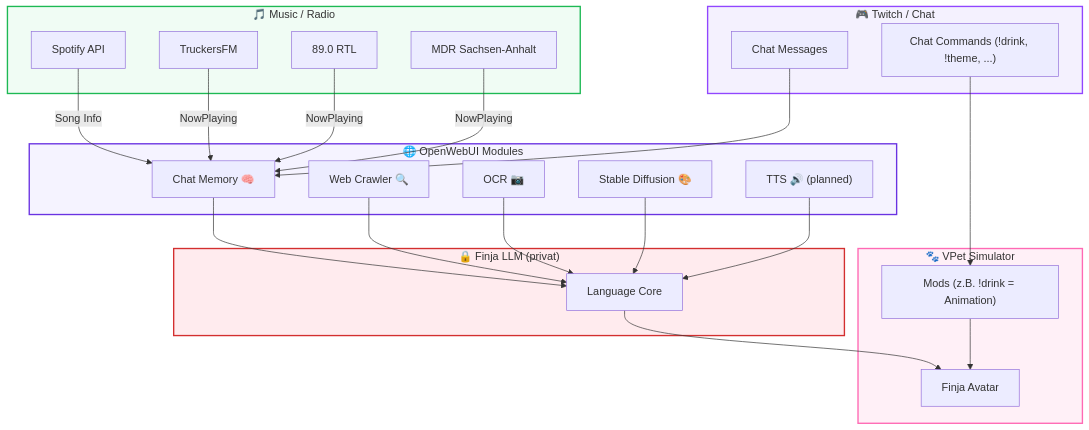
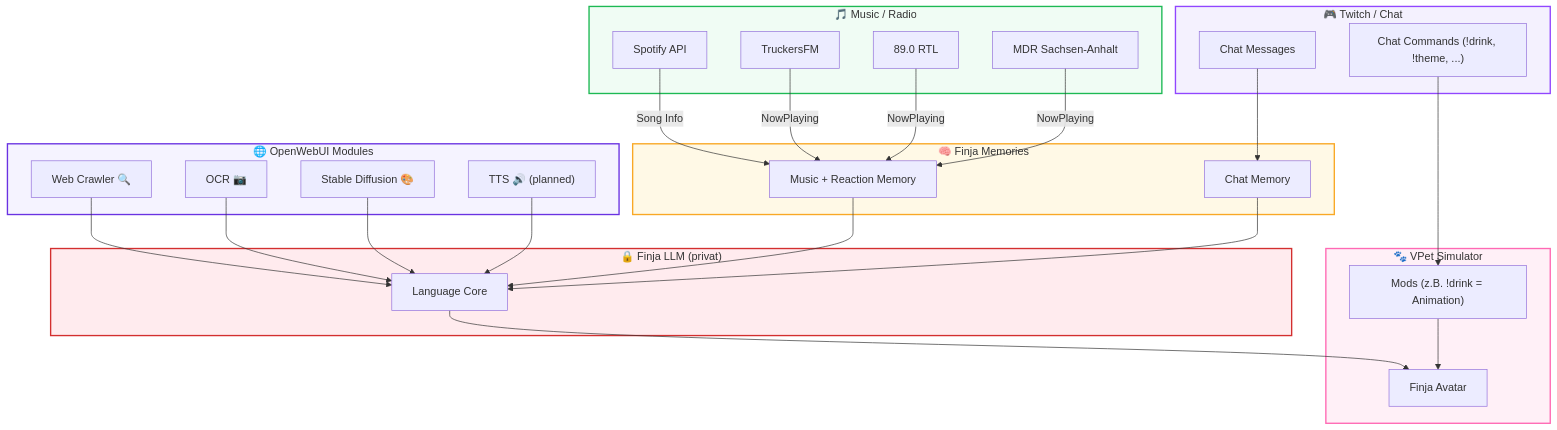
Before and after one commit to JohnV2002/Finja-AI-Ecosystem: the diagram in README.md, drawn with Mermaid.

````diff
--- a/README.md
+++ b/README.md
@@ -89,57 +89,74 @@
 ```mermaid
 flowchart TD
 
+    %% --- Twitch / Chat ---
     subgraph Twitch["🎮 Twitch / Chat"]
         A1["Chat Messages"]
         A2["Chat Commands (!drink, !theme, ...)"]
     end
 
+    %% --- Music / Radio ---
     subgraph Music["🎵 Music / Radio"]
         B1["Spotify API"]
         B2["TruckersFM"]
         B3["89.0 RTL"]
         B4["MDR Sachsen-Anhalt"]
     end
 
-    subgraph OpenWebUI["🌐 OpenWebUI Modules"]
-        C1["Chat Memory 🧠"]
-        C2["Web Crawler 🔍"]
-        C3["OCR 📷"]
-        C4["Stable Diffusion 🎨"]
-        C5["TTS 🔊 (planned)"]
+    %% --- Memories ---
+    subgraph Memories["🧠 Finja Memories"]
+        C1["Chat Memory"]
+        C2["Music + Reaction Memory"]
     end
 
-    subgraph VPet["🐾 VPet Simulator"]
-        D1["Finja Avatar"]
-        D2["Mods (z.B. !drink = Animation)"]
+    %% --- OpenWebUI Modules ---
+    subgraph OpenWebUI["🌐 OpenWebUI Modules"]
+        D1["Web Crawler 🔍"]
+        D2["OCR 📷"]
+        D3["Stable Diffusion 🎨"]
+        D4["TTS 🔊 (planned)"]
     end
 
-    subgraph LLM["🔒 Finja LLM (privat)"]
-        E1["Language Core"]
+    %% --- VPet ---
+    subgraph VPet["🐾 VPet Simulator"]
+        E1["Finja Avatar"]
+        E2["Mods (z.B. !drink = Animation)"]
     end
 
-    %% Connections
+    %% --- LLM Core ---
+    subgraph LLM["🔒 Finja LLM (privat)"]
+        F1["Language Core"]
+    end
+
+    %% === Connections ===
+
+    %% Chat → Chat Memory
     A1 --> C1
-    A2 --> D2
+    A2 --> E2
 
-    B1 -->|Song Info| C1
-    B2 -->|NowPlaying| C1
-    B3 -->|NowPlaying| C1
-    B4 -->|NowPlaying| C1
+    %% Music → Music Memory
+    B1 -->|Song Info| C2
+    B2 -->|NowPlaying| C2
+    B3 -->|NowPlaying| C2
+    B4 -->|NowPlaying| C2
 
-    C1 --> E1
-    C2 --> E1
-    C3 --> E1
-    C4 --> E1
-    C5 --> E1
+    %% Memories + OpenWebUI → LLM
+    C1 --> F1
+    C2 --> F1
+    D1 --> F1
+    D2 --> F1
+    D3 --> F1
+    D4 --> F1
 
-    E1 --> D1
-    D2 --> D1
+    %% LLM → VPet
+    F1 --> E1
+    E2 --> E1
 
-    %% Styling
+    %% === Styling ===
     style Twitch fill:#f4f1fe,stroke:#9146FF,stroke-width:2px
     style Music fill:#f0fcf4,stroke:#1DB954,stroke-width:2px
+    style Memories fill:#fff9e6,stroke:#f9a825,stroke-width:2px
     style OpenWebUI fill:#f5f3ff,stroke:#6a32e2,stroke-width:2px
     style VPet fill:#fff0f7,stroke:#ff69b4,stroke-width:2px
     style LLM fill:#ffebee,stroke:#d32f2f,stroke-width:2px
 ```
````
